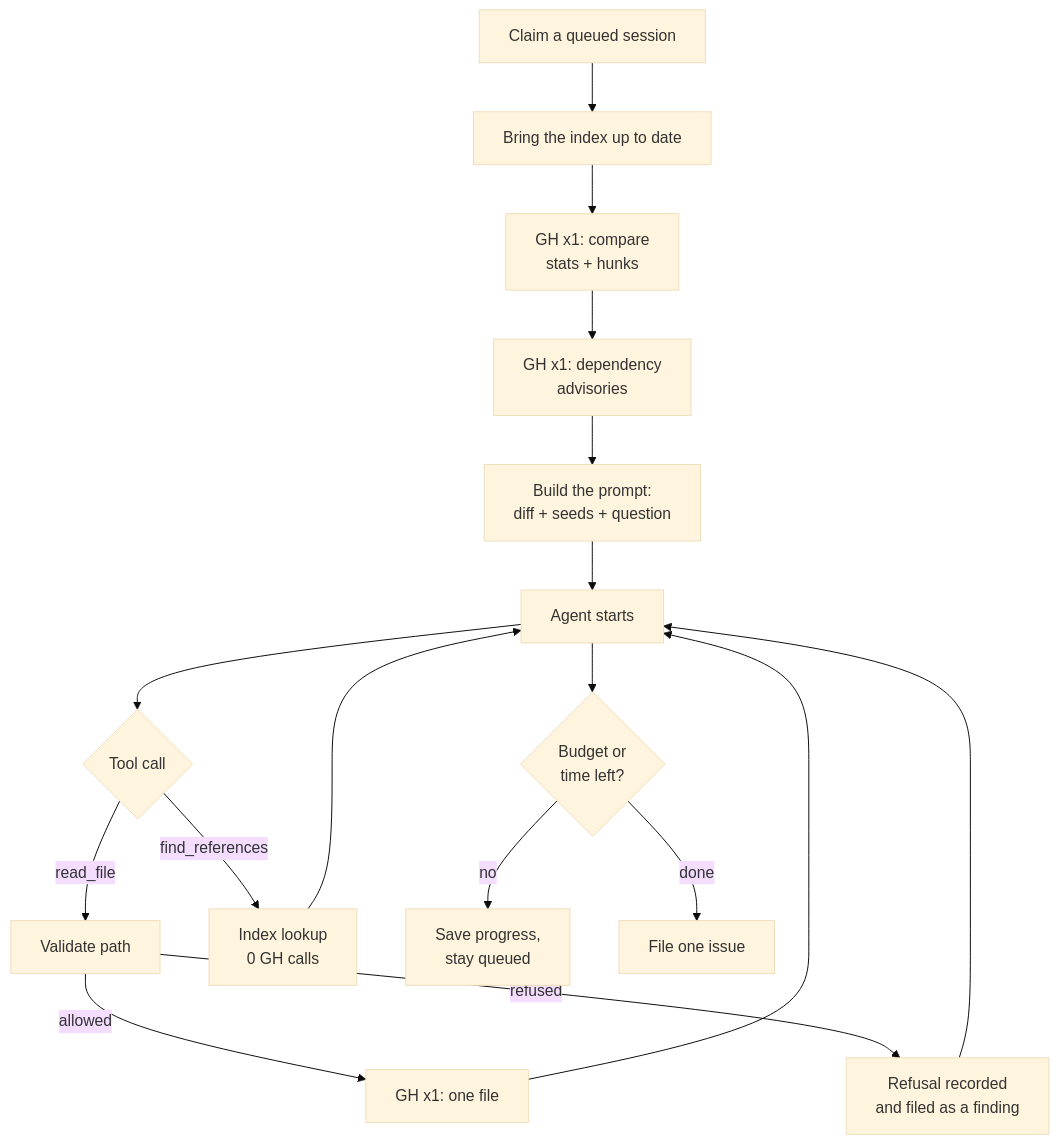
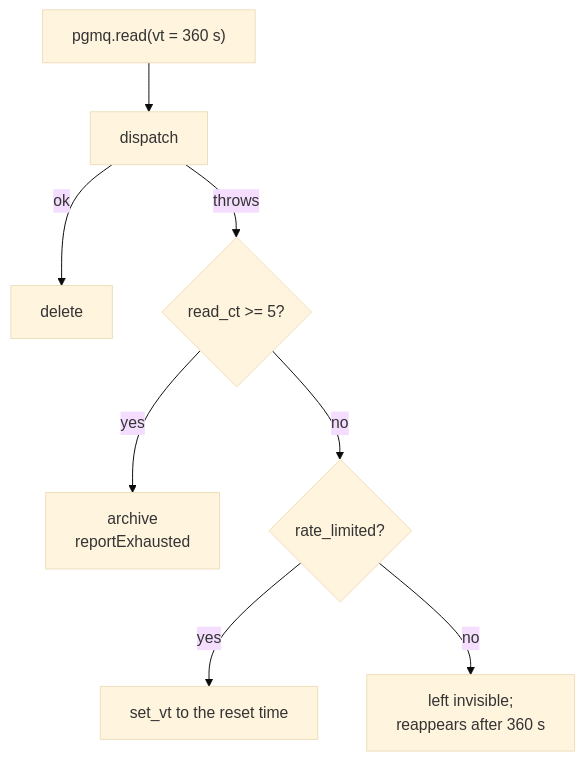
The seventh of 9 diagrams in RUNTIME.md (saadiqayyum/Pushguard), drawn with Mermaid (base theme) before and after one commit. The commit also changed other lines of this file and 685 other files, not shown here.

````diff
--- a/RUNTIME.md
+++ b/RUNTIME.md
@@ -105,19 +185,10 @@
 ```mermaid
 flowchart TD
-  A[Claim a queued session] --> B[Bring the index up to date]
-  B --> C["GH x1: compare<br/>stats + hunks"]
-  C --> D["GH x1: dependency<br/>advisories"]
-  D --> E["Build the prompt:<br/>diff + seeds + question"]
-  E --> F[Agent starts]
-  F --> G{Tool call}
-  G -->|read_file| H[Validate path]
-  G -->|find_references| I["Index lookup<br/>0 GH calls"]
-  H -->|allowed| J["GH x1: one file"]
-  H -->|refused| K[Refusal recorded<br/>and filed as a finding]
-  J --> F
-  I --> F
-  K --> F
-  F --> L{Budget or<br/>time left?}
-  L -->|no| M["Save progress,<br/>stay queued"]
-  L -->|done| N[File one issue]
+  A["pgmq.read(vt = 360 s)"] --> B[dispatch]
+  B -->|ok| C[delete]
+  B -->|throws| D{"read_ct >= 5?"}
+  D -->|yes| E["archive<br/>reportExhausted"]
+  D -->|no| F{rate_limited?}
+  F -->|yes| G["set_vt to the reset time"]
+  F -->|no| H["left invisible;<br/>reappears after 360 s"]
 ```
````
